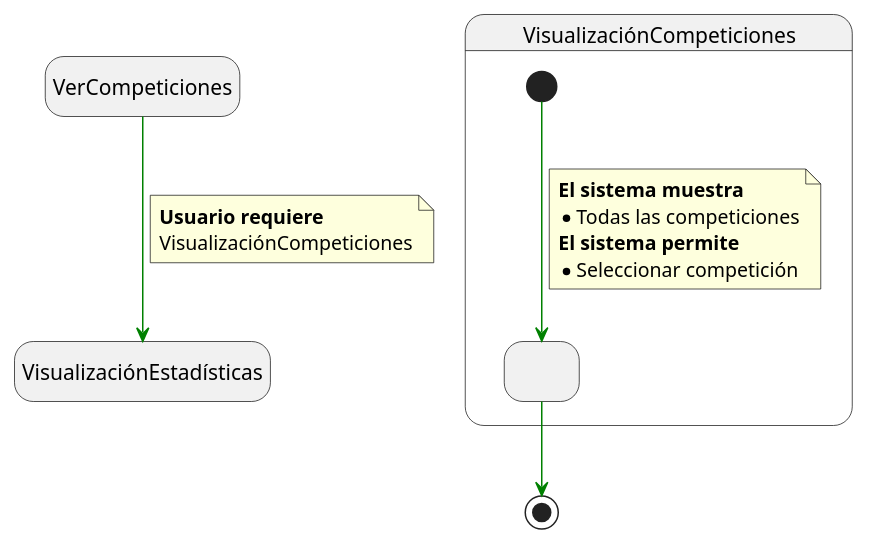
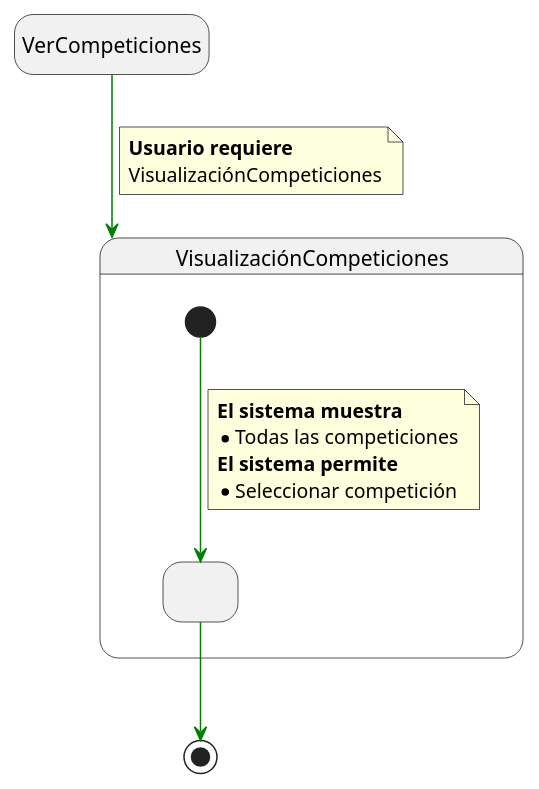
The diagram in actividades/002-appFutbol/RuizJavier/CódigosUML/CdUVerCompeticiones.puml (mmasias/IdSw1-22-23), drawn with PlantUML before and after one commit.

```diff
--- a/actividades/002-appFutbol/RuizJavier/CódigosUML/CdUVerCompeticiones.puml
+++ b/actividades/002-appFutbol/RuizJavier/CódigosUML/CdUVerCompeticiones.puml
@@ -1,34 +1,34 @@
 @startuml 
 
 hide empty description
 
 State VerCompeticiones
 
 
 State VisualizaciónCompeticiones{ 
 
   State state1 as " "
 
   [*] -[#green]-> state1
 
   note on link 
     <b>El sistema muestra
     * Todas las competiciones
     <b>El sistema permite
     * Seleccionar competición
   end note
  
 
 } 
 
-VerCompeticiones-[#green]-> VisualizaciónEstadísticas
+VerCompeticiones-[#green]-> VisualizaciónCompeticiones
 
 note on link
  <b>Usuario requiere
  VisualizaciónCompeticiones
 end note
 
 state1 -[#green]-> [*] 
 
 
 @enduml
```
